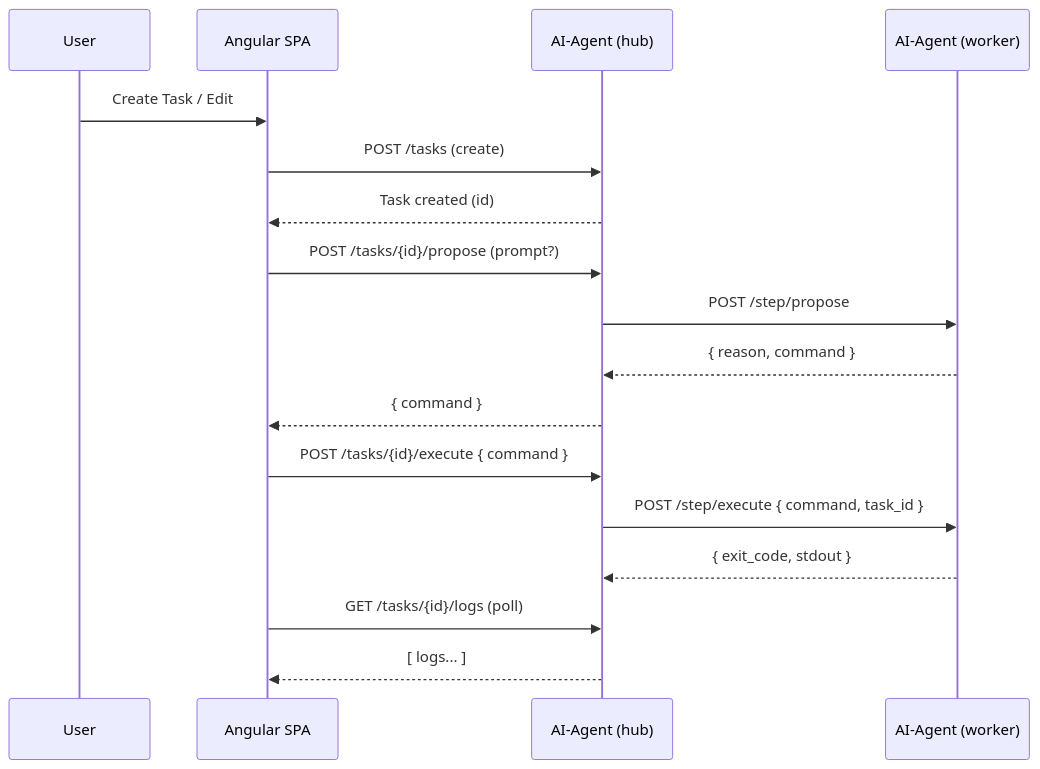
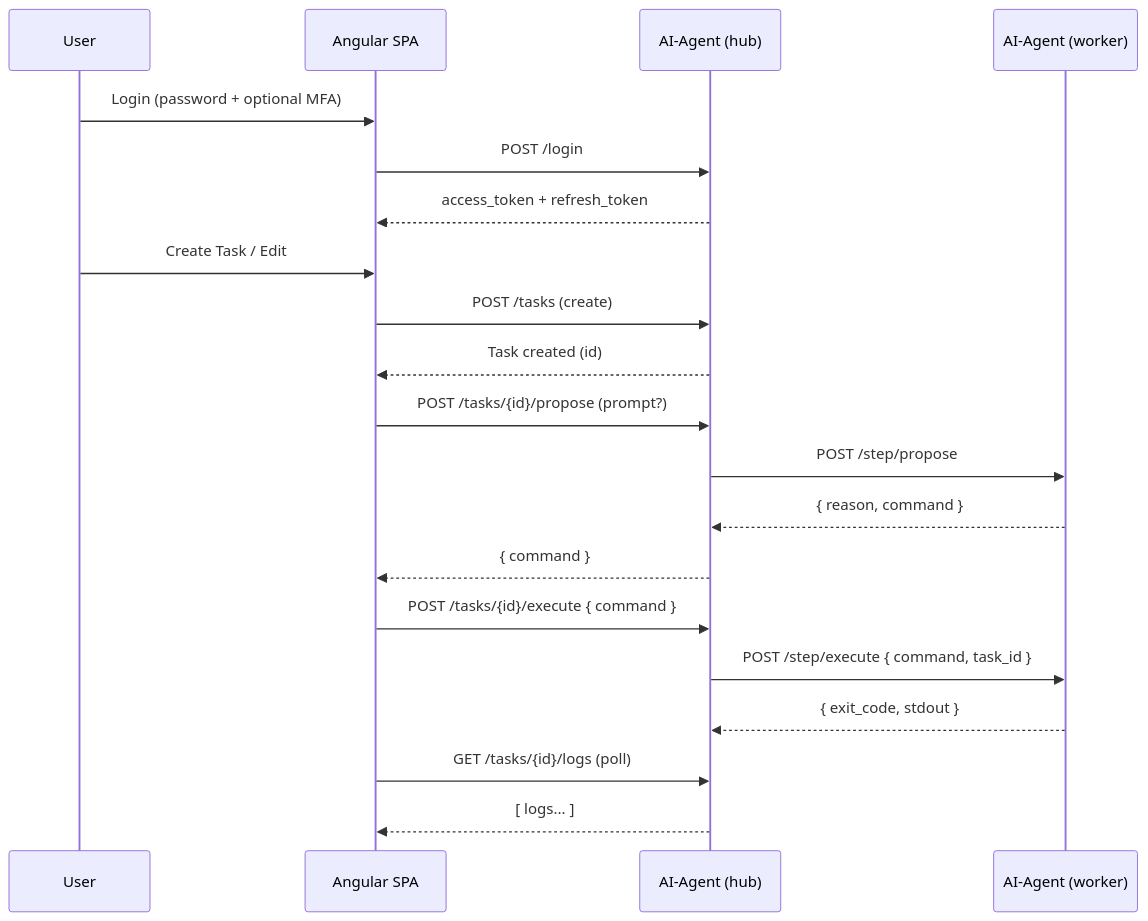
Before and after one commit to ananta888/ananta: the diagram in architektur/uml/task-approval-sequence.mmd, drawn with Mermaid. The commit also changed 8 other files, not shown here.

First line of the commit message:
Enhance architecture diagrams for MFA integration and refactor models

```diff
--- a/architektur/uml/task-approval-sequence.mmd
+++ b/architektur/uml/task-approval-sequence.mmd
@@ -1,20 +1,24 @@
 sequenceDiagram
     participant User
     participant Angular as Angular SPA
     participant Hub as AI-Agent (hub)
     participant Worker as AI-Agent (worker)
+
+    User->>Angular: Login (password + optional MFA)
+    Angular->>Hub: POST /login
+    Hub-->>Angular: access_token + refresh_token
 
     User->>Angular: Create Task / Edit
     Angular->>Hub: POST /tasks (create)
     Hub-->>Angular: Task created (id)
 
     Angular->>Hub: POST /tasks/{id}/propose (prompt?)
     Hub->>Worker: POST /step/propose
     Worker-->>Hub: { reason, command }
     Hub-->>Angular: { command }
 
     Angular->>Hub: POST /tasks/{id}/execute { command }
     Hub->>Worker: POST /step/execute { command, task_id }
     Worker-->>Hub: { exit_code, stdout }
     Angular->>Hub: GET /tasks/{id}/logs (poll)
     Hub-->>Angular: [ logs... ]
```
